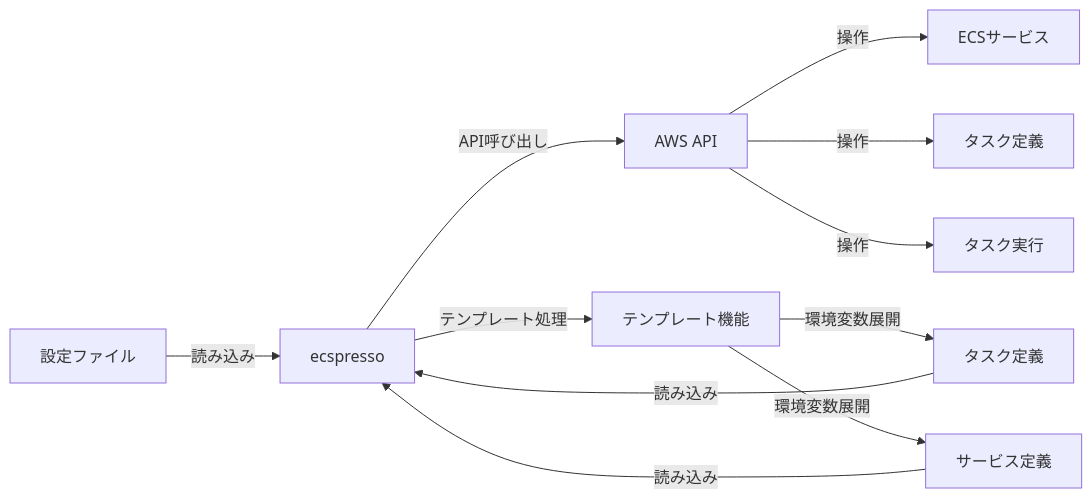
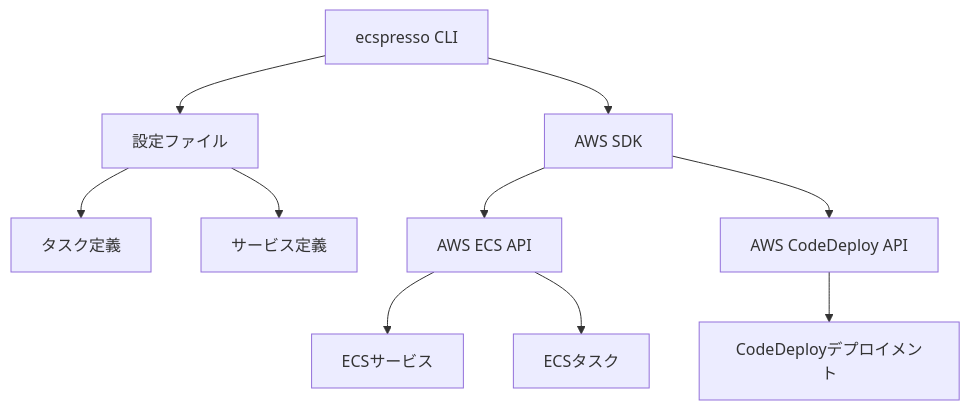
Before and after one commit to bufferings/devin-docs: the diagram in ecspresso/introduction/about.md, drawn with Mermaid. The commit also changed other lines of this file and 29 other files, not shown here.

````diff
--- a/ecspresso/introduction/about.md
+++ b/ecspresso/introduction/about.md
@@ -61,13 +38,12 @@
 ```mermaid
-graph LR
-    A[設定ファイル] -->|読み込み| B[ecspresso]
-    C[タスク定義] -->|読み込み| B
-    D[サービス定義] -->|読み込み| B
-    B -->|API呼び出し| E[AWS API]
-    E -->|操作| F[ECSサービス]
-    E -->|操作| G[タスク定義]
-    E -->|操作| H[タスク実行]
-    B -->|テンプレート処理| I[テンプレート機能]
-    I -->|環境変数展開| C
-    I -->|環境変数展開| D
+graph TD
+    A[ecspresso CLI] --> B[設定ファイル]
+    B --> C[タスク定義]
+    B --> D[サービス定義]
+    A --> E[AWS SDK]
+    E --> F[AWS ECS API]
+    E --> G[AWS CodeDeploy API]
+    F --> H[ECSサービス]
+    F --> I[ECSタスク]
+    G --> J[CodeDeployデプロイメント]
 ```
````
